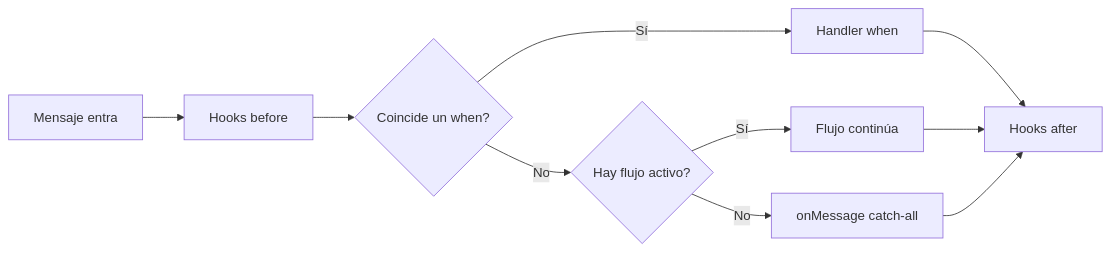
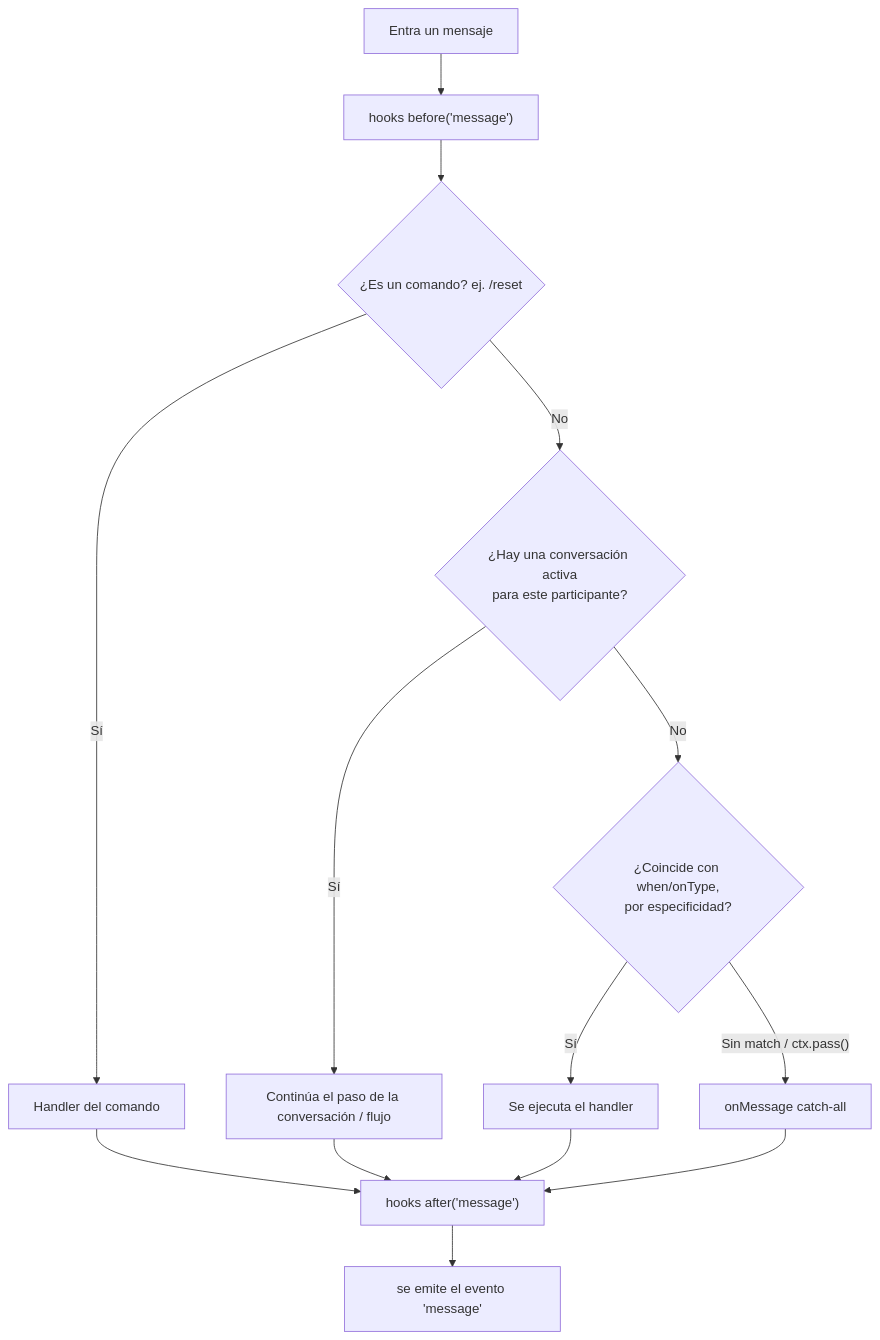
Before and after one commit to andresayac/bot-wa-baileys: the diagram in docs/es/guide/conceptos.md, drawn with Mermaid. The commit also changed other lines of this file and 38 other files, not shown here.

````diff
--- a/docs/es/guide/conceptos.md
+++ b/docs/es/guide/conceptos.md
@@ -8,12 +11,16 @@
 ```mermaid
-flowchart LR
-    A[Mensaje entra] --> B[Hooks before]
-    B --> C{Coincide un when?}
-    C -->|Sí| D[Handler when]
-    C -->|No| E{Hay flujo activo?}
-    E -->|Sí| F[Flujo continúa]
-    E -->|No| G[onMessage catch-all]
-    D --> H[Hooks after]
-    F --> H
-    G --> H
+flowchart TD
+    A[Entra un mensaje] --> B["hooks before('message')"]
+    B --> C{"¿Es un comando? ej. /reset"}
+    C -->|Sí| D[Handler del comando]
+    C -->|No| E{¿Hay una conversación activa<br/>para este participante?}
+    E -->|Sí| F[Continúa el paso de la conversación / flujo]
+    E -->|No| G{¿Coincide con when/onType,<br/>por especificidad?}
+    G -->|Sí| H[Se ejecuta el handler]
+    G -->|"Sin match / ctx.pass()"| I[onMessage catch-all]
+    D --> J["hooks after('message')"]
+    F --> J
+    H --> J
+    I --> J
+    J --> K["se emite el evento 'message'"]
 ```
````
